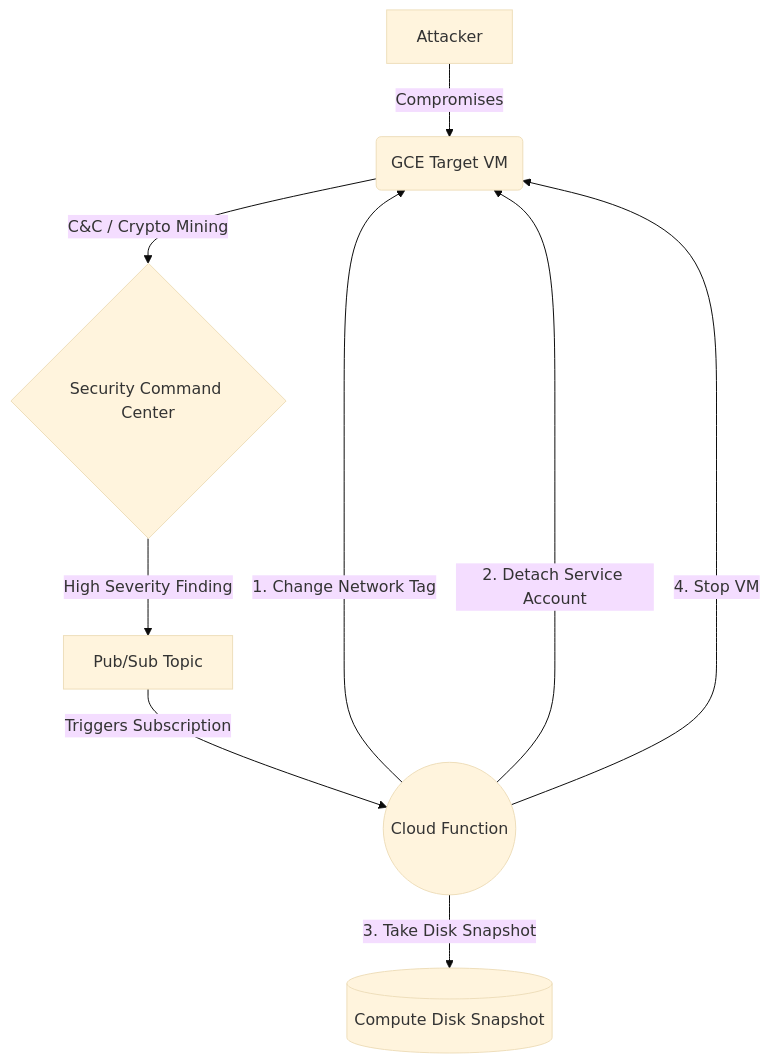
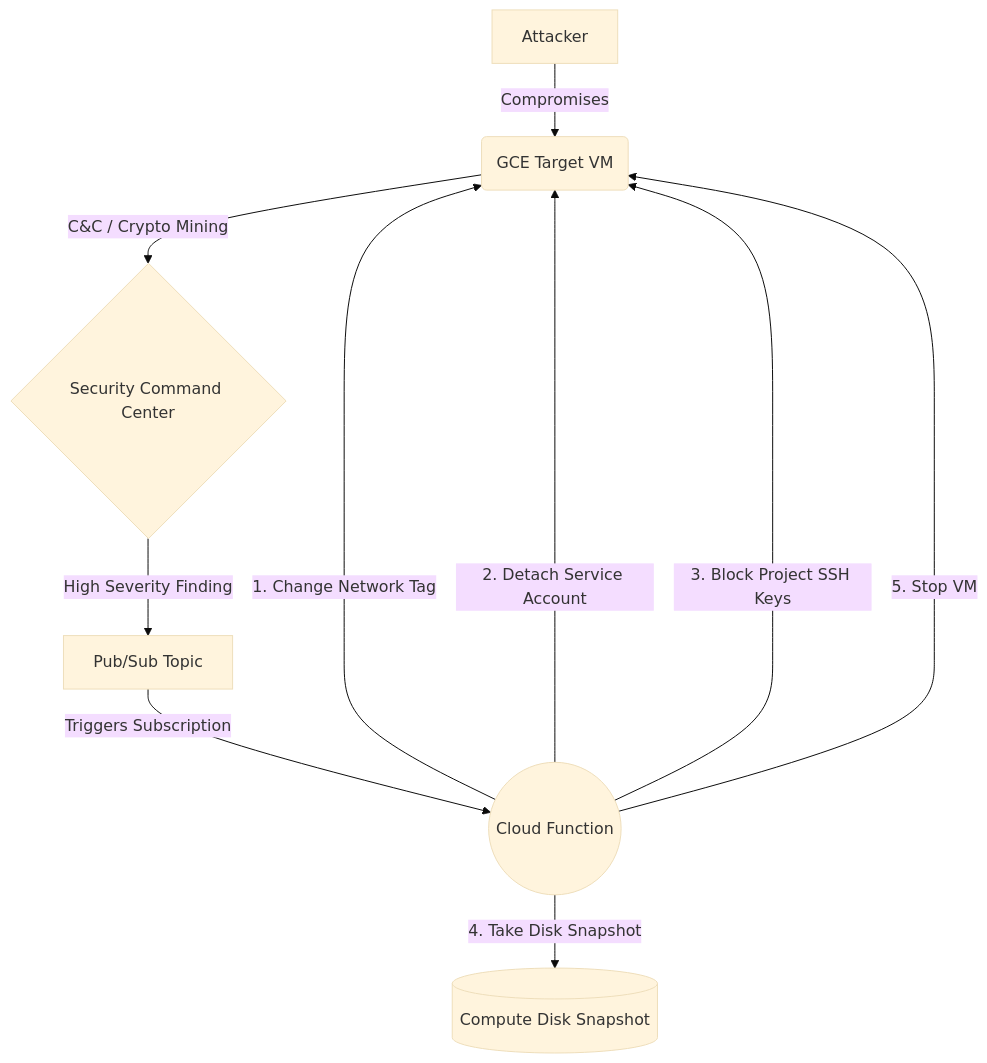
The diagram in README.md (thtcsec/GCP-Serverless-SOAR), drawn with Mermaid (base theme) before and after one commit. The commit also changed other lines of this file and 1 other file, not shown here.

Commit message:
feat: add finding id to logging and block project ssh keys

````diff
--- a/README.md
+++ b/README.md
@@ -7,12 +7,13 @@
 ```mermaid
 graph TD
   A[Attacker] -->|Compromises| B(GCE Target VM)
   B -->|C&C / Crypto Mining| C{Security Command Center}
   C -->|High Severity Finding| D[Pub/Sub Topic]
   D -->|Triggers Subscription| E((Cloud Function))
   
   E -->|1. Change Network Tag| B
   E -->|2. Detach Service Account| B
-  E -->|3. Take Disk Snapshot| F[(Compute Disk Snapshot)]
-  E -->|4. Stop VM| B
+  E -->|3. Block Project SSH Keys| B
+  E -->|4. Take Disk Snapshot| F[(Compute Disk Snapshot)]
+  E -->|5. Stop VM| B
 ```
````
